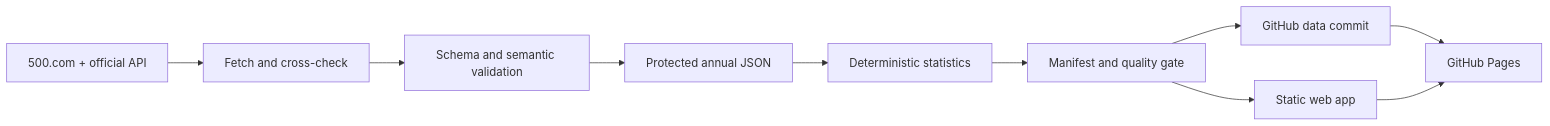
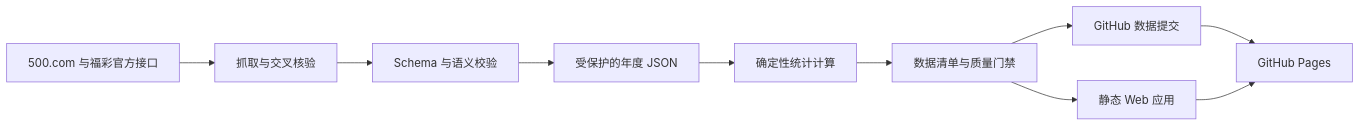
The diagram in README.md (zhouminghan/ssq-hub), drawn with Mermaid before and after one commit. The commit also changed other lines of this file and 3 other files, not shown here.

````diff
--- a/README.md
+++ b/README.md
@@ -66,12 +83,12 @@
 ```mermaid
 flowchart LR
-    A[500.com + official API] --> B[Fetch and cross-check]
-    B --> C[Schema and semantic validation]
-    C --> D[Protected annual JSON]
-    D --> E[Deterministic statistics]
-    E --> F[Manifest and quality gate]
-    F --> G[GitHub data commit]
-    F --> H[Static web app]
+    A[500.com 与福彩官方接口] --> B[抓取与交叉核验]
+    B --> C[Schema 与语义校验]
+    C --> D[受保护的年度 JSON]
+    D --> E[确定性统计计算]
+    E --> F[数据清单与质量门禁]
+    F --> G[GitHub 数据提交]
+    F --> H[静态 Web 应用]
     G --> I[GitHub Pages]
     H --> I
 ```
````
